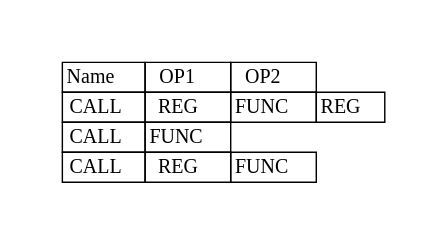
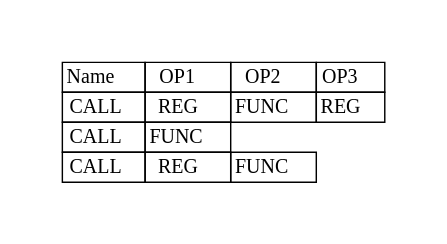
One commit to adesutherland/CREXX changed the diagram in docs/books/crexx_vm_spec/svg/call.gv. Above: the diagram before and after it, drawn with Graphviz. The commit also changed 199 other files, not shown here.

```diff
--- a/docs/books/crexx_vm_spec/svg/call.gv
+++ b/docs/books/crexx_vm_spec/svg/call.gv
@@ -1,11 +1,11 @@
 digraph{
 graph [pad="0.5", nodesep="0.5", ranksep="2" ]
 node [shape=plain]
 Foo [label=<
 <table border="0" cellborder="1" cellspacing="0">
-<tr><td> Name </td> <td> OP1 </td><td> OP2 </td> </tr>
+<tr><td> Name </td> <td> OP1 </td><td> OP2 </td><td> OP3 </td> </tr>
 <tr><td> CALL </td><td> REG </td><td> FUNC </td><td> REG </td> </tr>
 <tr><td> CALL </td><td> FUNC </td> </tr>
 <tr><td> CALL </td><td> REG </td><td> FUNC </td> </tr>
 </table>>];
 }
```
